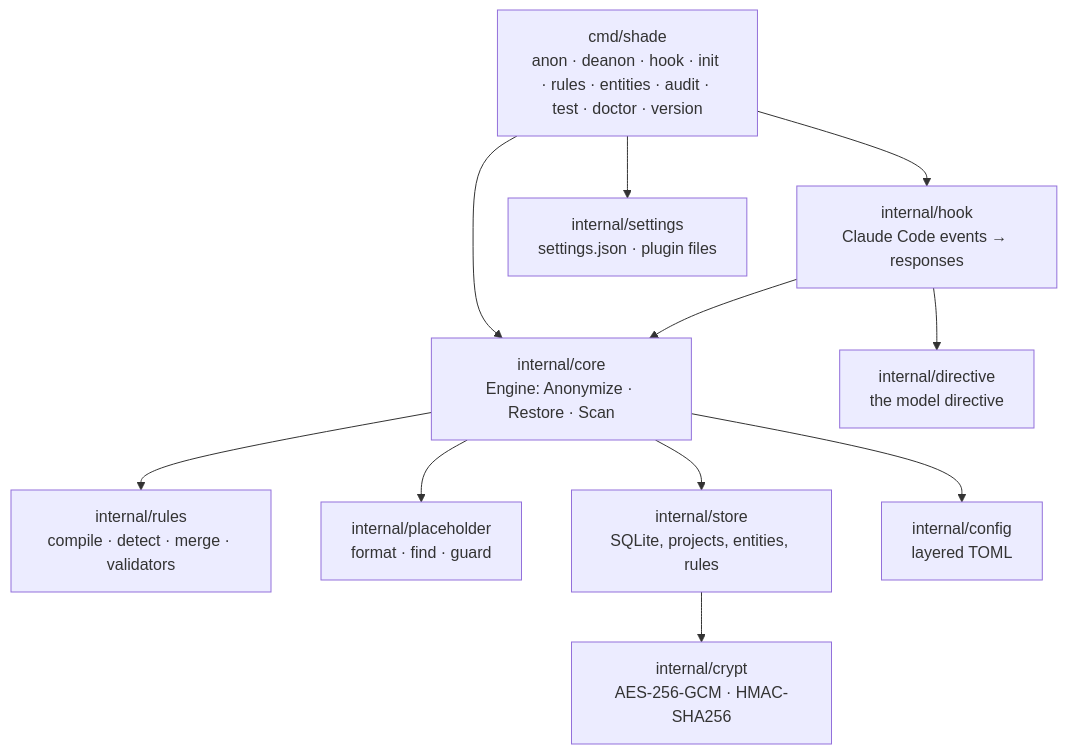
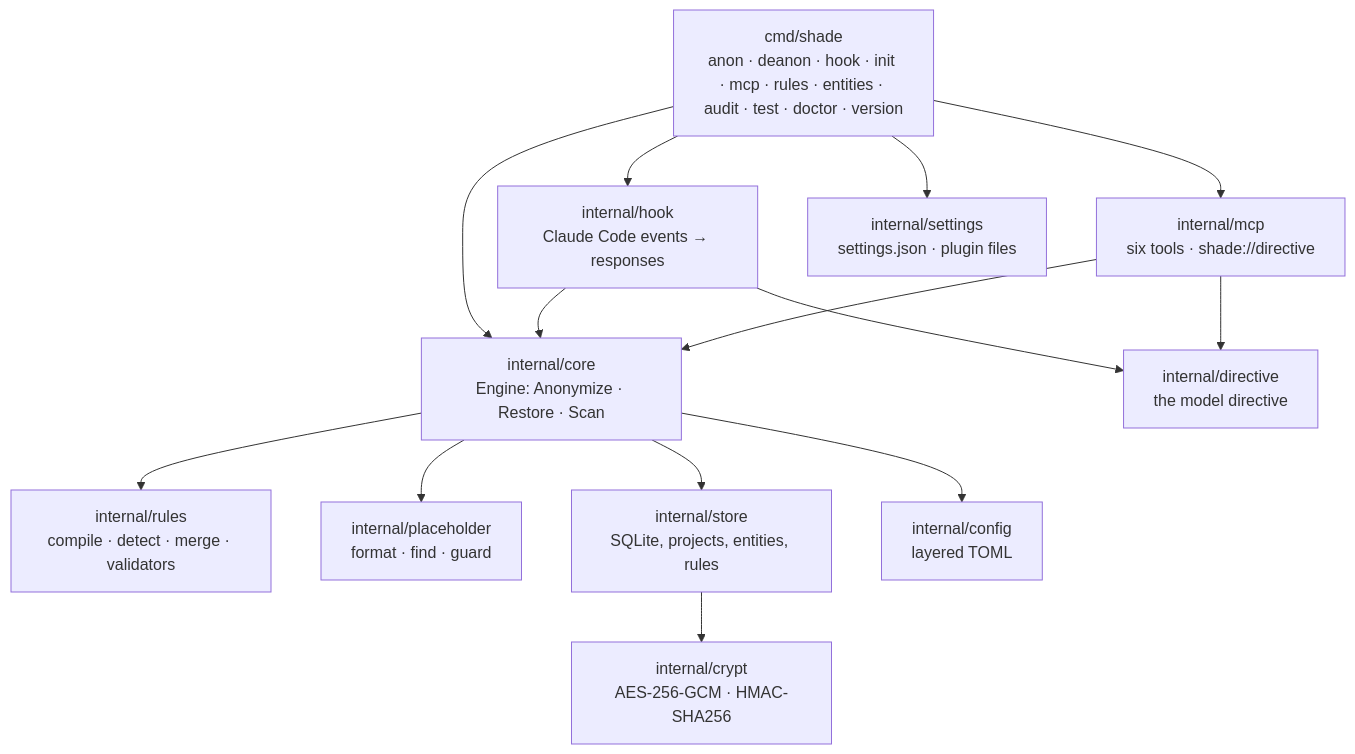
The third of 3 diagrams in README.md (werbot/shade), drawn with Mermaid before and after one commit. The commit also changed other lines of this file and 3 other files, not shown here.

First line of the commit message:
✨ feat(cli): add the mcp mode

````diff
--- a/README.md
+++ b/README.md
@@ -166,14 +209,17 @@
 ```mermaid
 flowchart TB
-    CLI["cmd/shade<br/>anon · deanon · hook · init · rules · entities · audit · test · doctor · version"]
+    CLI["cmd/shade<br/>anon · deanon · hook · init · mcp · rules · entities · audit · test · doctor · version"]
     CLI --> Core["internal/core<br/>Engine: Anonymize · Restore · Scan"]
     CLI --> Hook["internal/hook<br/>Claude Code events → responses"]
+    CLI --> MCP["internal/mcp<br/>six tools · shade://directive"]
     CLI --> Set["internal/settings<br/>settings.json · plugin files"]
     Hook --> Core
     Hook --> Dir["internal/directive<br/>the model directive"]
+    MCP --> Core
+    MCP --> Dir
     Core --> Rules["internal/rules<br/>compile · detect · merge · validators"]
     Core --> PH["internal/placeholder<br/>format · find · guard"]
     Core --> Store["internal/store<br/>SQLite, projects, entities, rules"]
     Core --> Cfg["internal/config<br/>layered TOML"]
     Store --> Crypt["internal/crypt<br/>AES-256-GCM · HMAC-SHA256"]
 ```
````
